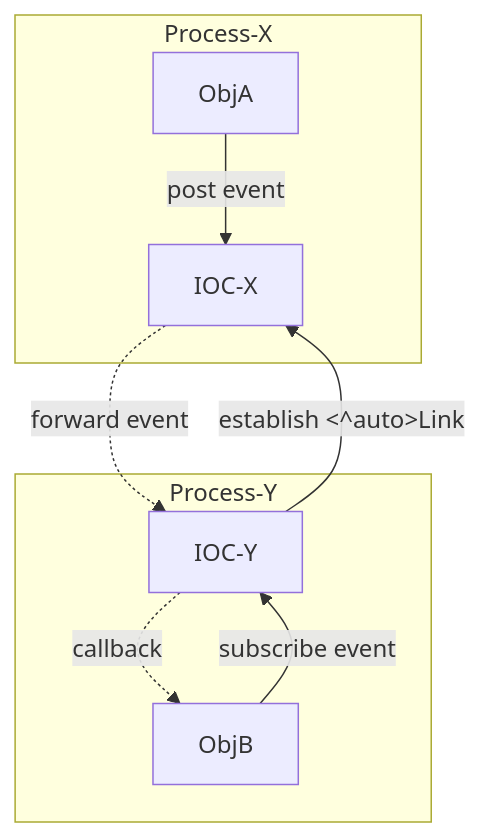
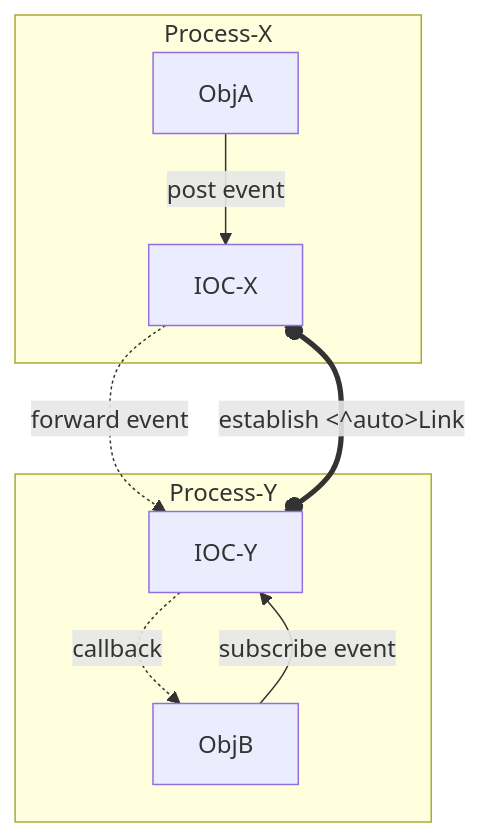
Diagram 16 of 17 in README_UseCase.md (EnigmaWU/MyIOC_inTDD_withGHC), drawn with Mermaid before and after one commit. The commit also changed other lines of this file, not shown here.

````diff
--- a/README_UseCase.md
+++ b/README_UseCase.md
@@ -319,12 +319,12 @@
 ```mermaid
 flowchart
 subgraph Process-X
     ObjA --> |post event| IOC-X
 end
 subgraph Process-Y
-    IOC-Y --> |establish <^auto>Link| IOC-X
+    IOC-Y o==o |establish <^auto>Link| IOC-X
     IOC-X -.-> |forward event| IOC-Y
     ObjB --> |subscribe event| IOC-Y
     IOC-Y -.-> |callback| ObjB
 end
 ```
````
